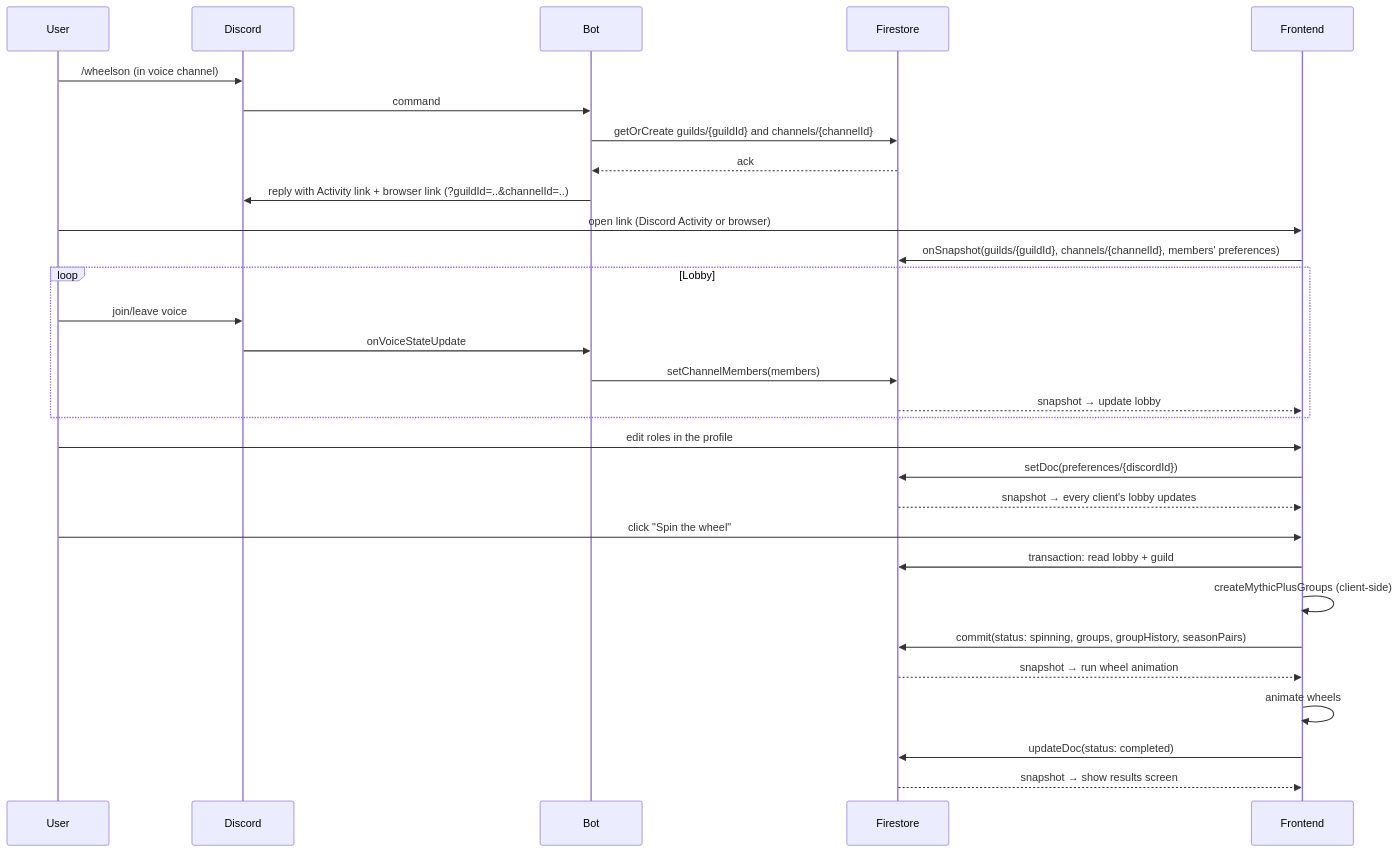
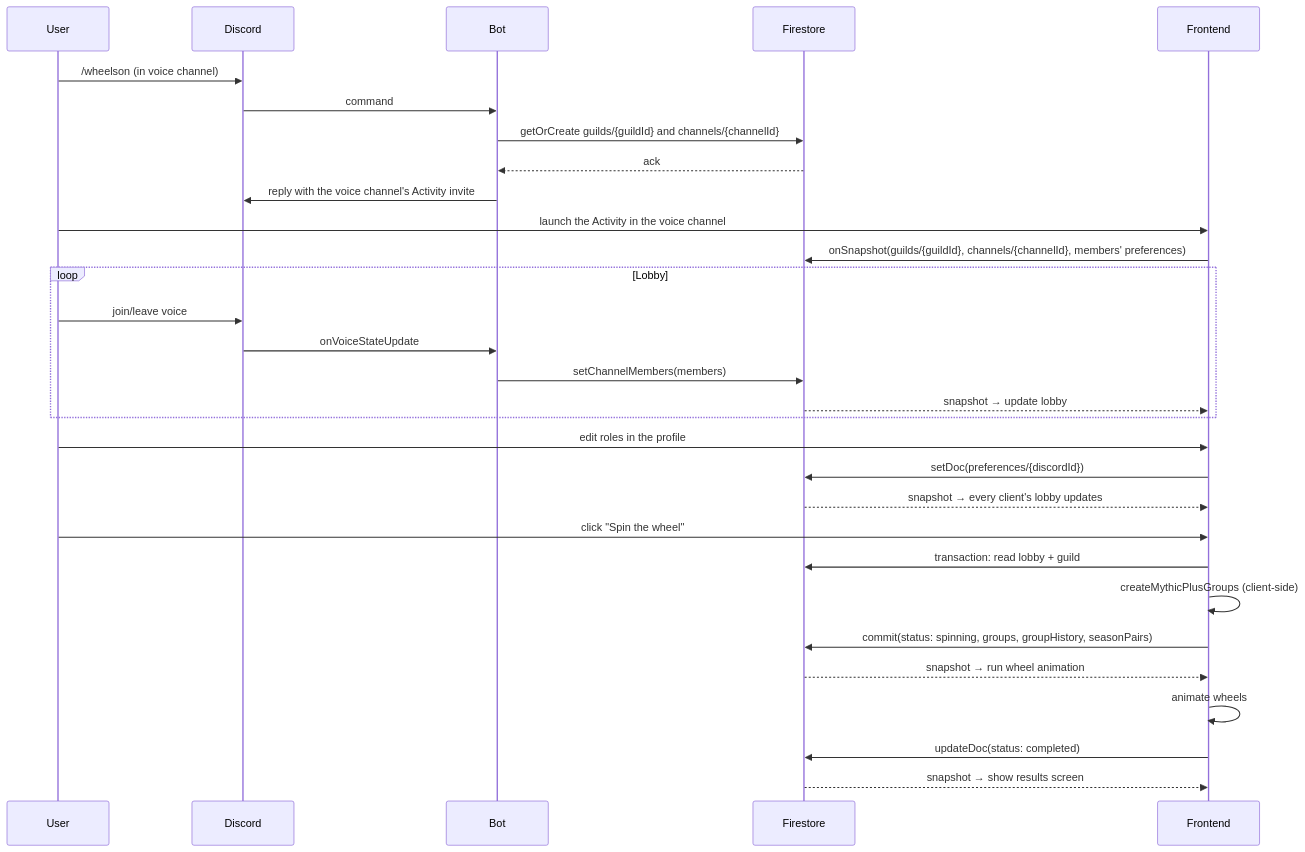
The fourth of 5 diagrams in ARCHITECTURE.md (TytaniumDev/MythicPlusDiscordBot), drawn with Mermaid before and after one commit. The commit also changed other lines of this file and 49 other files, not shown here.

First line of the commit message:
feat(activity): open real lobbies only inside Discord (#672)

````diff
--- a/ARCHITECTURE.md
+++ b/ARCHITECTURE.md
@@ -251,36 +249,36 @@
 ```mermaid
 sequenceDiagram
     participant User
     participant Discord
     participant Bot
     participant Firestore
     participant Frontend
 
     User->>Discord: /wheelson (in voice channel)
     Discord->>Bot: command
     Bot->>Firestore: getOrCreate guilds/{guildId} and channels/{channelId}
     Firestore-->>Bot: ack
-    Bot->>Discord: reply with Activity link + browser link (?guildId=..&channelId=..)
-    User->>Frontend: open link (Discord Activity or browser)
+    Bot->>Discord: reply with the voice channel's Activity invite
+    User->>Frontend: launch the Activity in the voice channel
     Frontend->>Firestore: onSnapshot(guilds/{guildId}, channels/{channelId}, members' preferences)
 
     loop Lobby
         User->>Discord: join/leave voice
         Discord->>Bot: onVoiceStateUpdate
         Bot->>Firestore: setChannelMembers(members)
         Firestore-->>Frontend: snapshot → update lobby
     end
 
     User->>Frontend: edit roles in the profile
     Frontend->>Firestore: setDoc(preferences/{discordId})
     Firestore-->>Frontend: snapshot → every client's lobby updates
 
     User->>Frontend: click "Spin the wheel"
     Frontend->>Firestore: transaction: read lobby + guild
     Frontend->>Frontend: createMythicPlusGroups (client-side)
     Frontend->>Firestore: commit(status: spinning, groups, groupHistory, seasonPairs)
     Firestore-->>Frontend: snapshot → run wheel animation
     Frontend->>Frontend: animate wheels
     Frontend->>Firestore: updateDoc(status: completed)
     Firestore-->>Frontend: snapshot → show results screen
 ```
````
